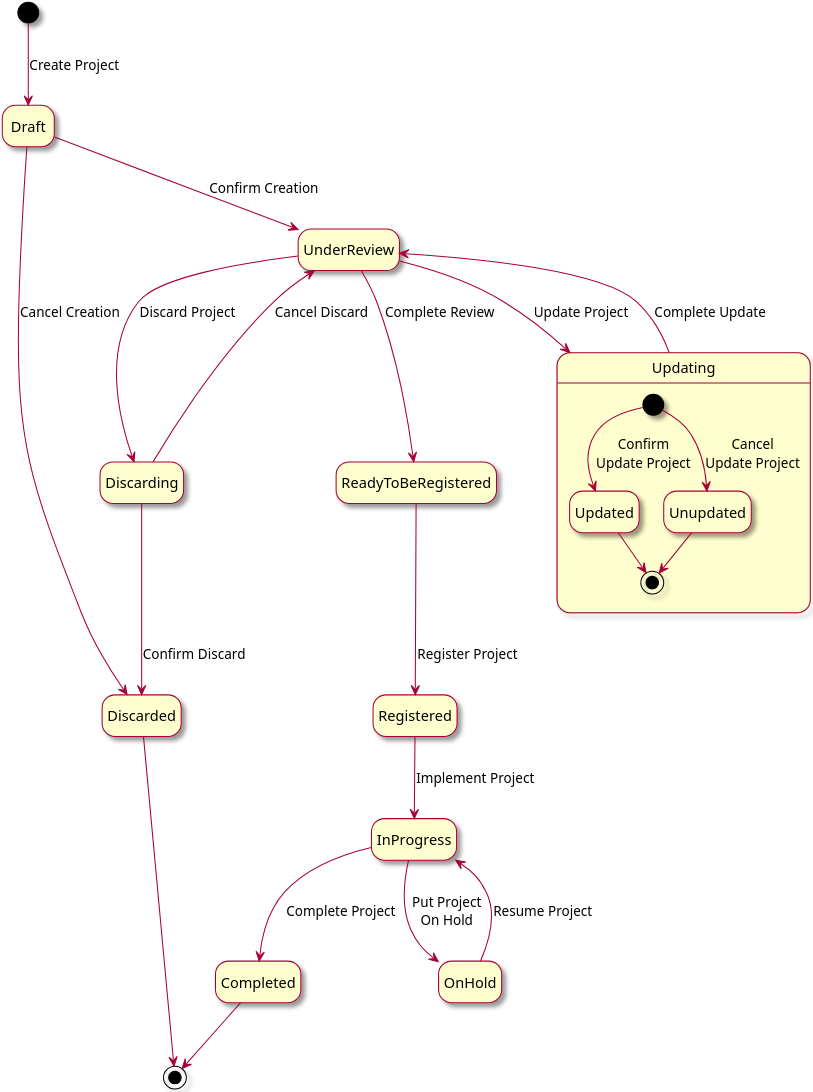
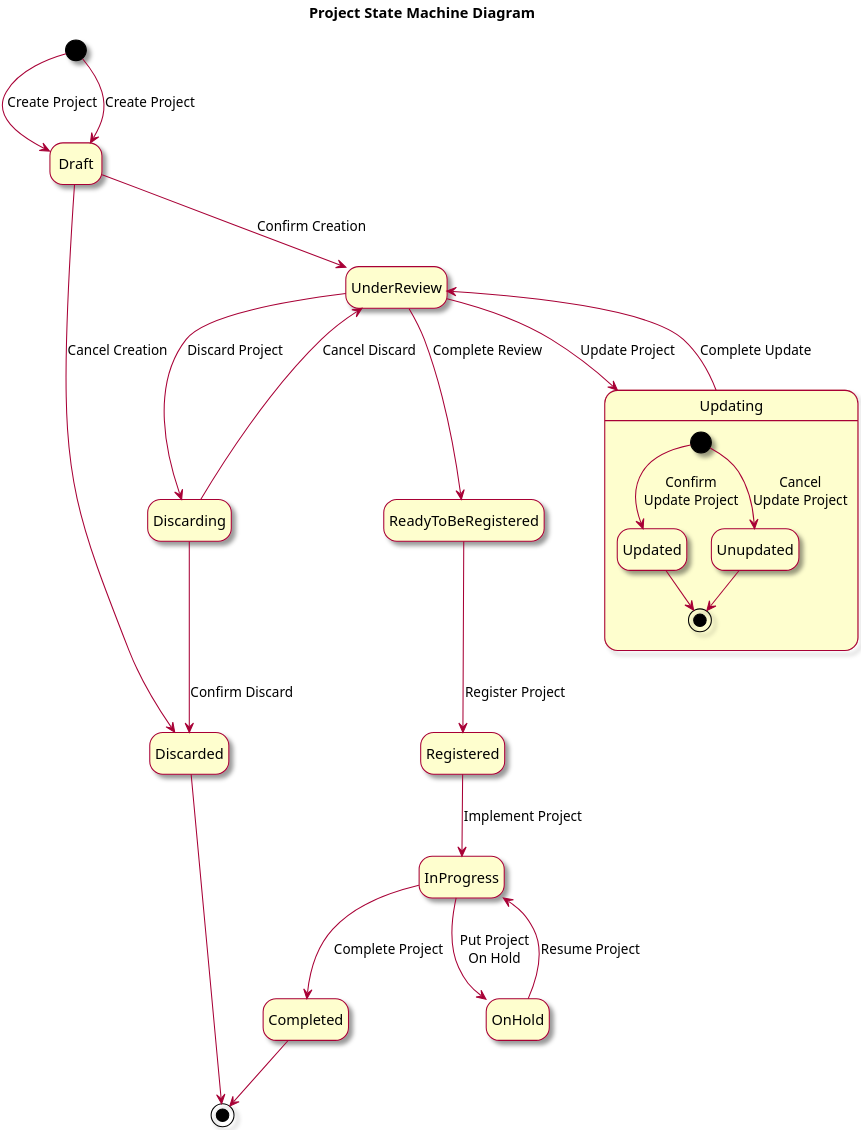
One commit to Marowota/SE100-plantuml changed the diagram in State Machine Diagram/Project State Diagram.puml. Above: the diagram before and after it, drawn with PlantUML.

Commit message:
Add project state machine title

```diff
--- a/State Machine Diagram/Project State Diagram.puml
+++ b/State Machine Diagram/Project State Diagram.puml
@@ -1,29 +1,33 @@
 @startuml ProjectStateDiagram
 skin rose
 hide empty description
 scale 6
+
+title Project State Machine Diagram
+
+[*] --> Draft : Create Project
 
 [*] --> Draft : Create Project
 Draft --> UnderReview : Confirm Creation
 Draft --> Discarded : Cancel Creation
 UnderReview --> Discarding: Discard Project
 UnderReview --> Updating : Update Project
 Updating --> UnderReview : Complete Update
 Discarding --> Discarded : Confirm Discard
 Discarding --> UnderReview : Cancel Discard
 UnderReview --> ReadyToBeRegistered : Complete Review
 ReadyToBeRegistered --> Registered : Register Project
 Registered --> InProgress : Implement Project
 InProgress --> Completed : Complete Project
 InProgress --> OnHold : Put Project\nOn Hold
 OnHold --> InProgress : Resume Project
 Discarded --> [*]
 Completed --> [*]
 
 state Updating {
     [*] --> Updated : Confirm\nUpdate Project
     Updated --> [*]
     [*] --> Unupdated : Cancel\nUpdate Project
     Unupdated --> [*]
 }
 @enduml
```
